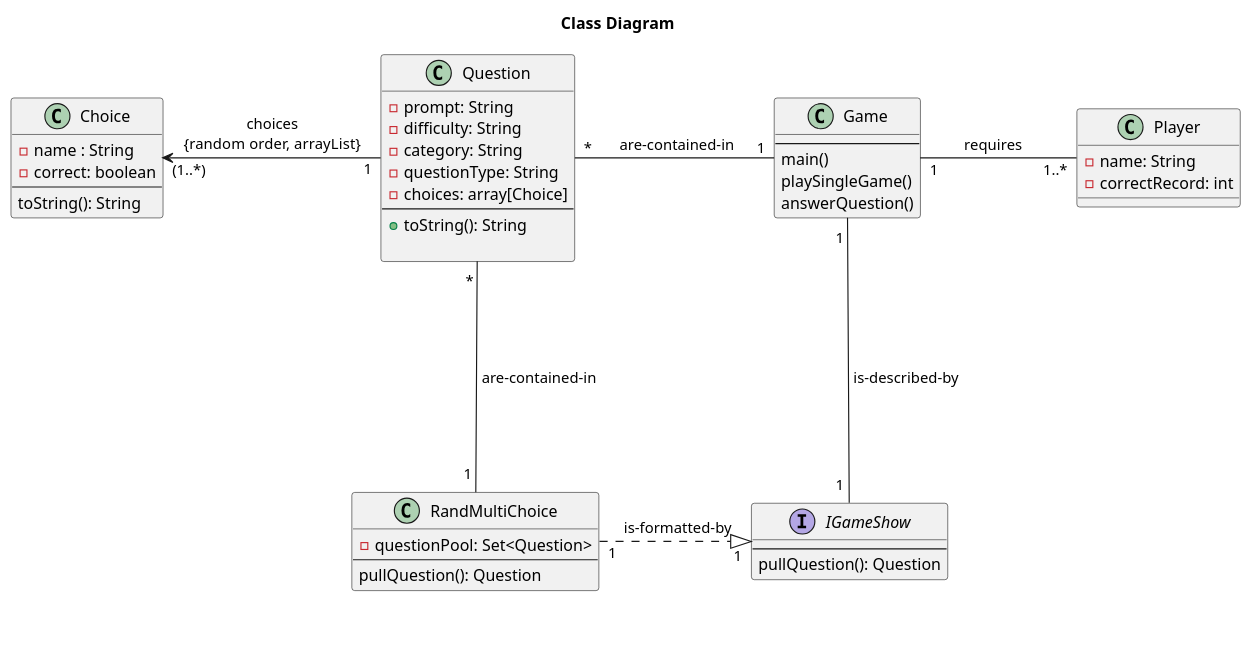
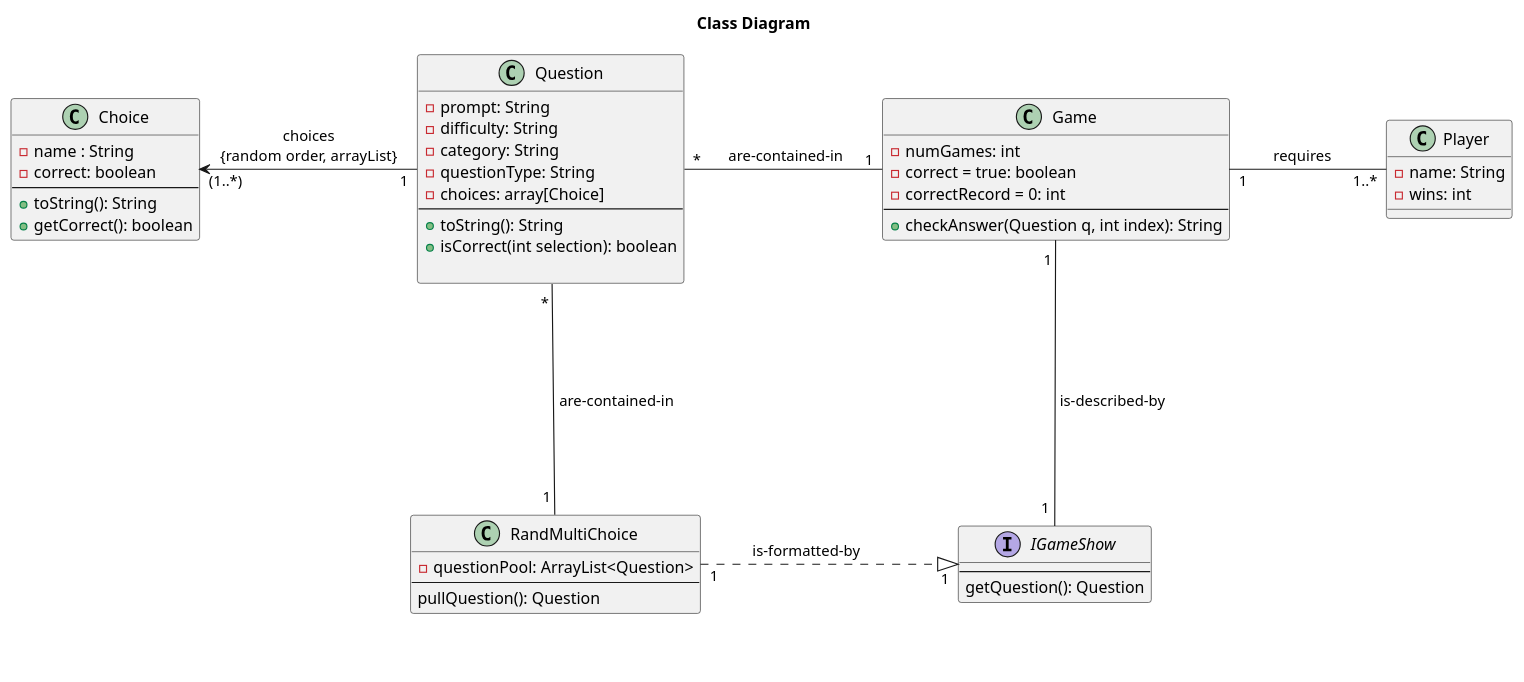
Before and after one commit to aczar09/Trivia-Game-Android: the first of 4 diagrams in doc/design.md, drawn with PlantUML. The commit also changed 4 other files, not shown here.

Commit message:
Made edits to class diagram and code

````diff
--- a/doc/design.md
+++ b/doc/design.md
@@ -12,46 +12,49 @@
 ```plantuml
 title Class Diagram
 ' classes
 'skinparam classAttributeIconSize 0 
 class Game{
+    -numGames: int
+    - correct = true: boolean
+    - correctRecord = 0: int
 --
-main()
-playSingleGame()
-answerQuestion()
+    + checkAnswer(Question q, int index): String
 }
 class Question{
     -prompt: String
     -difficulty: String
     -category: String
     -questionType: String
     -choices: array[Choice]
     --
     +toString(): String
+    +isCorrect(int selection): boolean
     
 }
 class Choice{
     -name : String
     -correct: boolean
     --
-    toString(): String
+    +toString(): String
+    +getCorrect(): boolean
 }
 class Player{
 -name: String
--correctRecord: int
+-wins: int
 }
 interface IGameShow{
 --
-    pullQuestion(): Question
+    getQuestion(): Question
 }
 Game "1" ---left-- "*" Question : "      are-contained-in     "
 Question "\t1" -left-->"(1..*)" Choice:choices\n{random order, arrayList}
 Game "1\t" --right-- "1..*" Player: "      requires         "
 Game "1 " -down- " 1 " IGameShow: " is-described-by"
 class RandMultiChoice{
-    -questionPool: Set<Question>
+    -questionPool: ArrayList<Question>
     --
     pullQuestion(): Question
 }
-IGameShow"\t   1\n\n\n\n" <|..left.."1\t" RandMultiChoice:" is-formatted-by"
+IGameShow"\t   1\n\n\n\n" <|..left.."1\t" RandMultiChoice:"        is-formatted-by                    "
 RandMultiChoice "1 "--up-- " * " Question: " are-contained-in"
 ```
````
